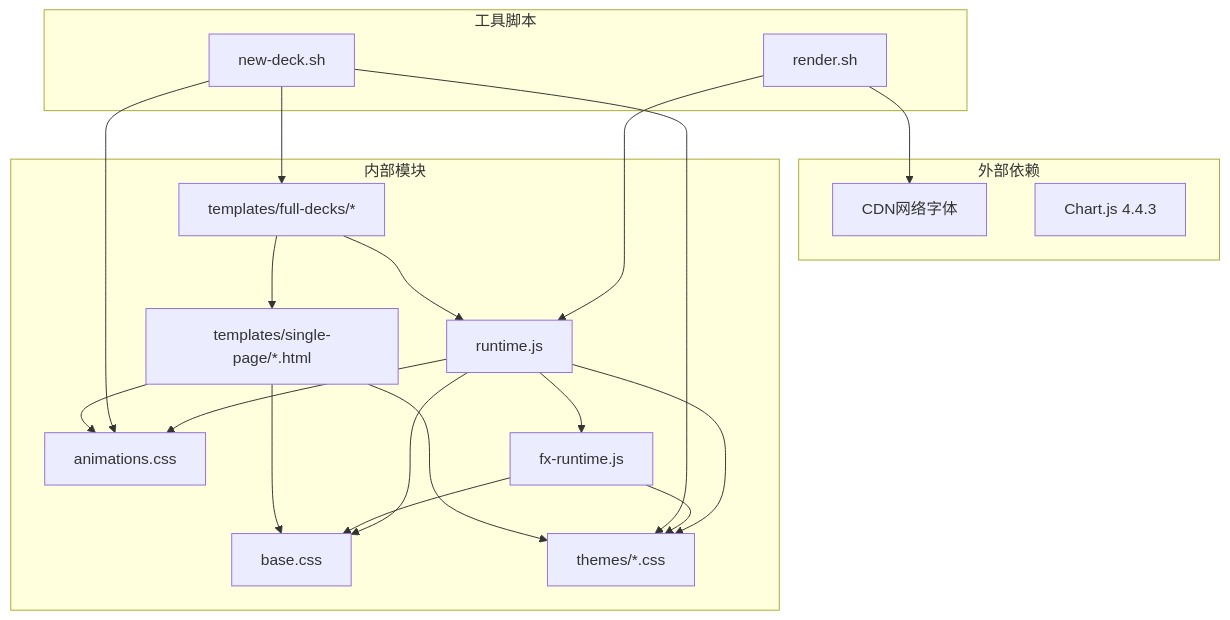
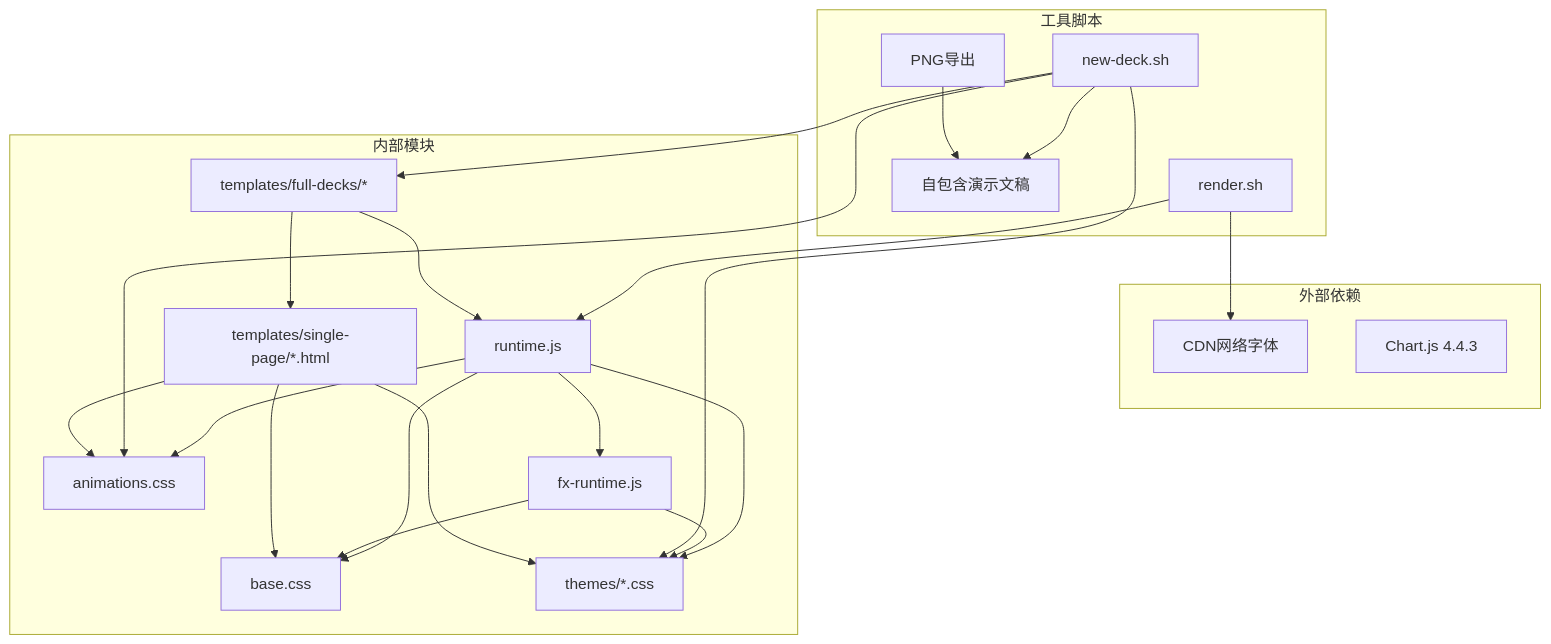
Before and after one commit to verse-ai-org/openclaw: the eighth of 8 diagrams in .qoder/repowiki/zh/content/技能平台/内置技能/HTML PPT Studio演示文稿技能.md, drawn with Mermaid. The commit also changed other lines of this file and 34 other files, not shown here.

````diff
--- a/.qoder/repowiki/zh/content/技能平台/内置技能/HTML PPT Studio演示文稿技能.md
+++ b/.qoder/repowiki/zh/content/技能平台/内置技能/HTML PPT Studio演示文稿技能.md
@@ -334,36 +401,40 @@
 ```mermaid
 graph TD
 subgraph "外部依赖"
 CDN[CDN网络字体]
 CHART[Chart.js 4.4.3]
 end
 subgraph "内部模块"
 RUNTIME[runtime.js]
 BASE[base.css]
 ANIM[animations.css]
 FXRT[fx-runtime.js]
 THEMES[themes/*.css]
 LAYOUTS[templates/single-page/*.html]
 TEMPLATES[templates/full-decks/*]
 end
 subgraph "工具脚本"
 NEWDECK[new-deck.sh]
 RENDER[render.sh]
+ENDDECK[自包含演示文稿]
+ENDRENDER[PNG导出]
 end
 RUNTIME --> BASE
 RUNTIME --> ANIM
 RUNTIME --> THEMES
 RUNTIME --> FXRT
 FXRT --> THEMES
 FXRT --> BASE
 NEWDECK --> TEMPLATES
 NEWDECK --> THEMES
 NEWDECK --> ANIM
 RENDER --> RUNTIME
 RENDER --> CDN
 LAYOUTS --> BASE
 LAYOUTS --> ANIM
 LAYOUTS --> THEMES
 TEMPLATES --> LAYOUTS
 TEMPLATES --> RUNTIME
+NEWDECK --> ENDDECK
+ENDRENDER --> ENDDECK
 ```
````
